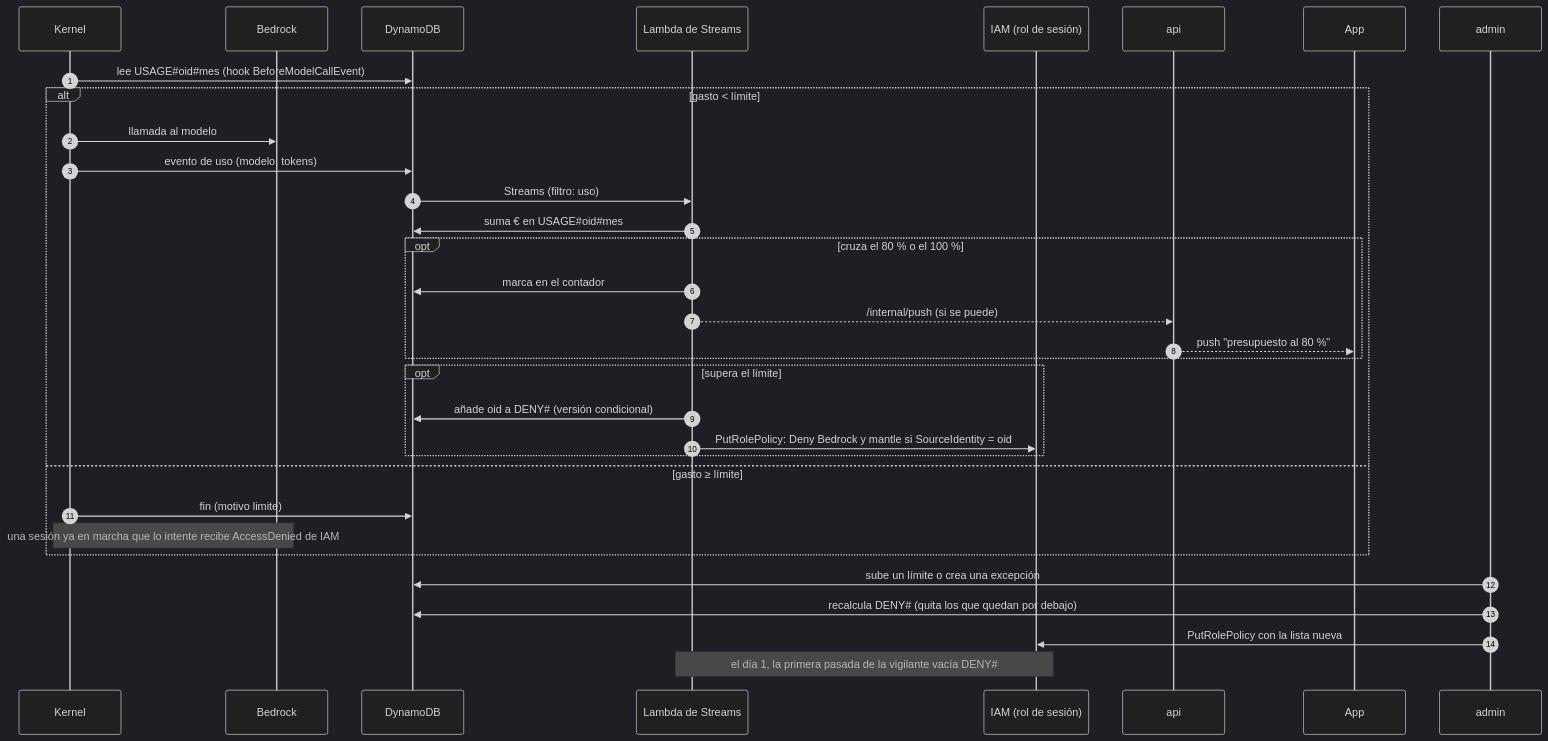
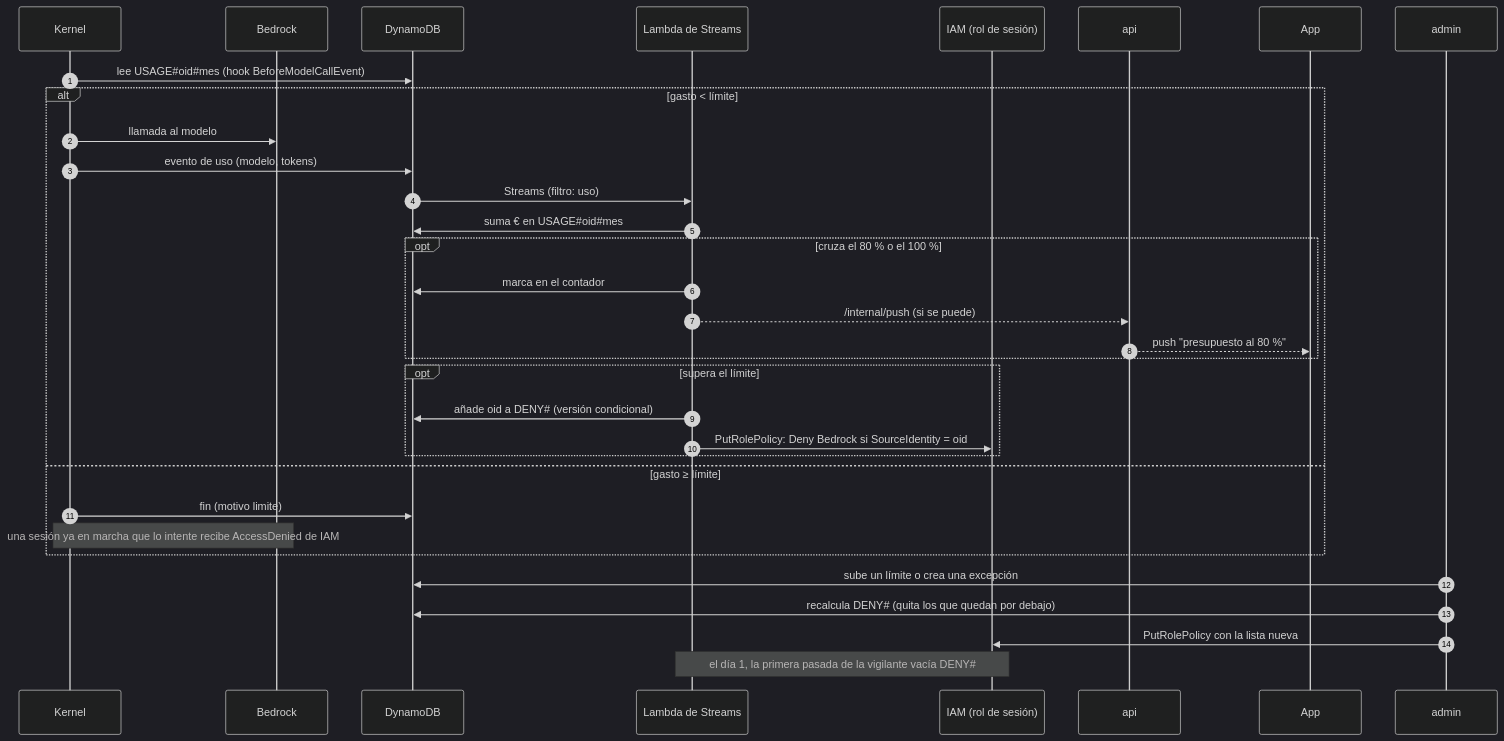
The eighth of 9 diagrams in docs/arquitectura-agentes.md (ikermendi/sample-agent-platform-with-agentcore), drawn with Mermaid (dark theme) before and after one commit. The commit also changed other lines of this file and 2 other files, not shown here.

First line of the commit message:
docs: fuera bedrock-mantle y GPT-6.1 Sol por ahora; solo Claude por bedrock-runtime

````diff
--- a/docs/arquitectura-agentes.md
+++ b/docs/arquitectura-agentes.md
@@ -904,36 +904,36 @@
 ```mermaid
 sequenceDiagram
   autonumber
   participant K as Kernel
   participant B as Bedrock
   participant D as DynamoDB
   participant C as Lambda de Streams
   participant IAM as IAM (rol de sesión)
   participant API as api
   participant App as App
   participant A as admin
 
   K->>D: lee USAGE#35;oid#35;mes (hook BeforeModelCallEvent)
   alt gasto < límite
     K->>B: llamada al modelo
     K->>D: evento de uso (modelo, tokens)
     D->>C: Streams (filtro: uso)
     C->>D: suma € en USAGE#35;oid#35;mes
     opt cruza el 80 % o el 100 %
       C->>D: marca en el contador
       C-->>API: /internal/push (si se puede)
       API-->>App: push "presupuesto al 80 %"
     end
     opt supera el límite
       C->>D: añade oid a DENY#35; (versión condicional)
-      C->>IAM: PutRolePolicy: Deny Bedrock y mantle si SourceIdentity = oid
+      C->>IAM: PutRolePolicy: Deny Bedrock si SourceIdentity = oid
     end
   else gasto ≥ límite
     K->>D: fin (motivo limite)
     Note over K,B: una sesión ya en marcha que lo intente recibe AccessDenied de IAM
   end
   A->>D: sube un límite o crea una excepción
   A->>D: recalcula DENY#35; (quita los que quedan por debajo)
   A->>IAM: PutRolePolicy con la lista nueva
   Note over C,IAM: el día 1, la primera pasada de la vigilante vacía DENY#35;
 ```
````
